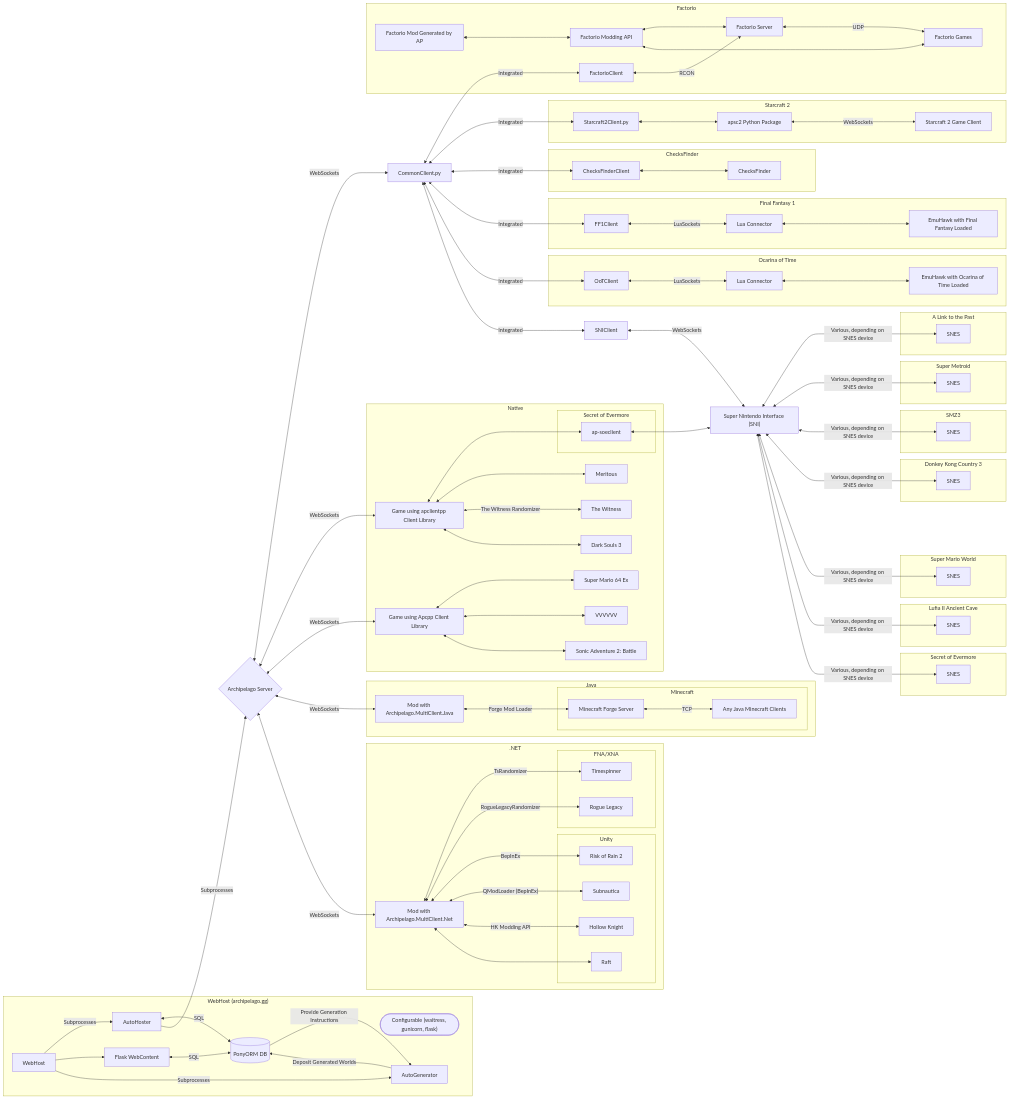
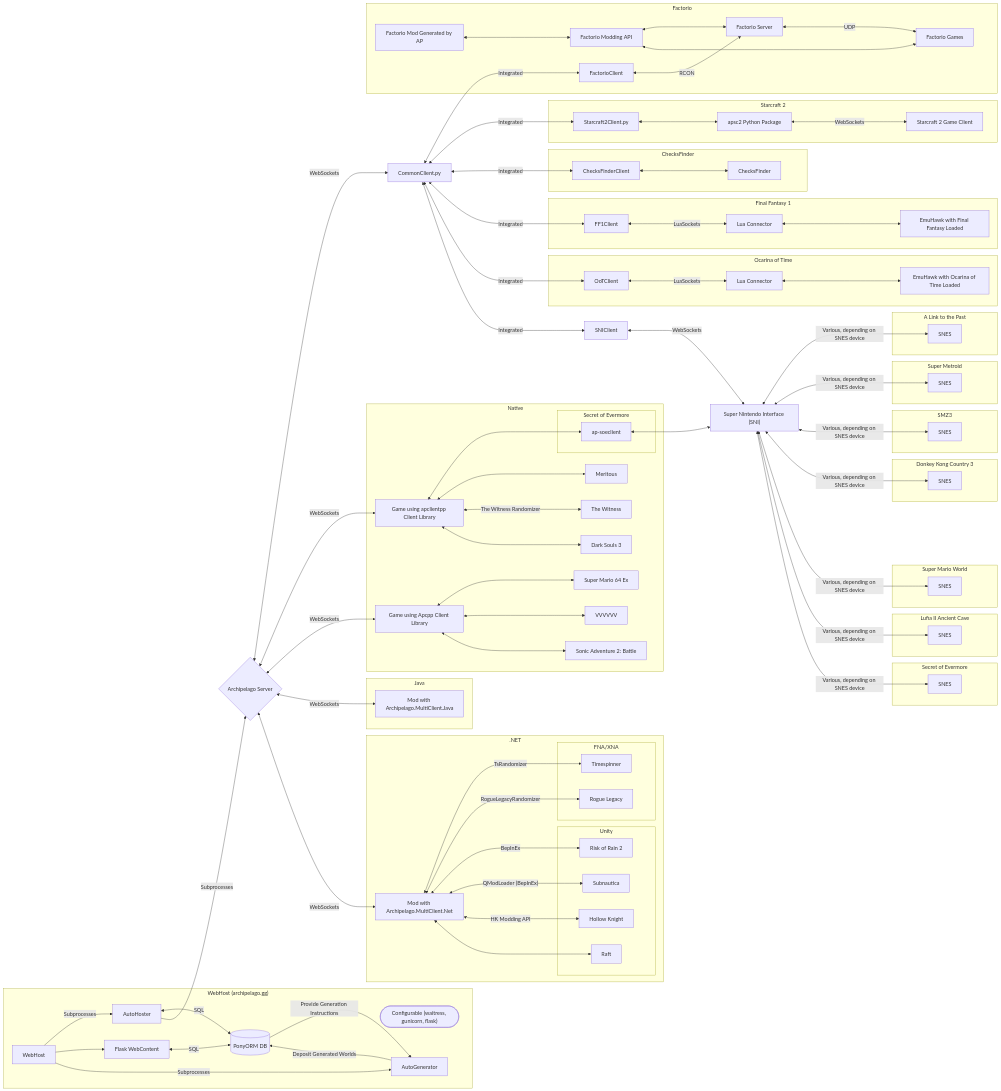
Before and after one commit to ArchipelagoMW/Archipelago: the diagram in docs/network diagram/network diagram.md, drawn with Mermaid. The commit also changed 36 other files, not shown here.

```diff
--- a/docs/network diagram/network diagram.md
+++ b/docs/network diagram/network diagram.md
@@ -117,12 +117,6 @@
     %% Java Based Games
     subgraph Java
         JM[Mod with Archipelago.MultiClient.Java]
-        subgraph Minecraft
-            MCS[Minecraft Forge Server]
-            JMC[Any Java Minecraft Clients]
-            MCS <-- TCP --> JMC
-        end
-        JM <-- Forge Mod Loader --> MCS
     end
     AS <-- WebSockets --> JM
 
```
